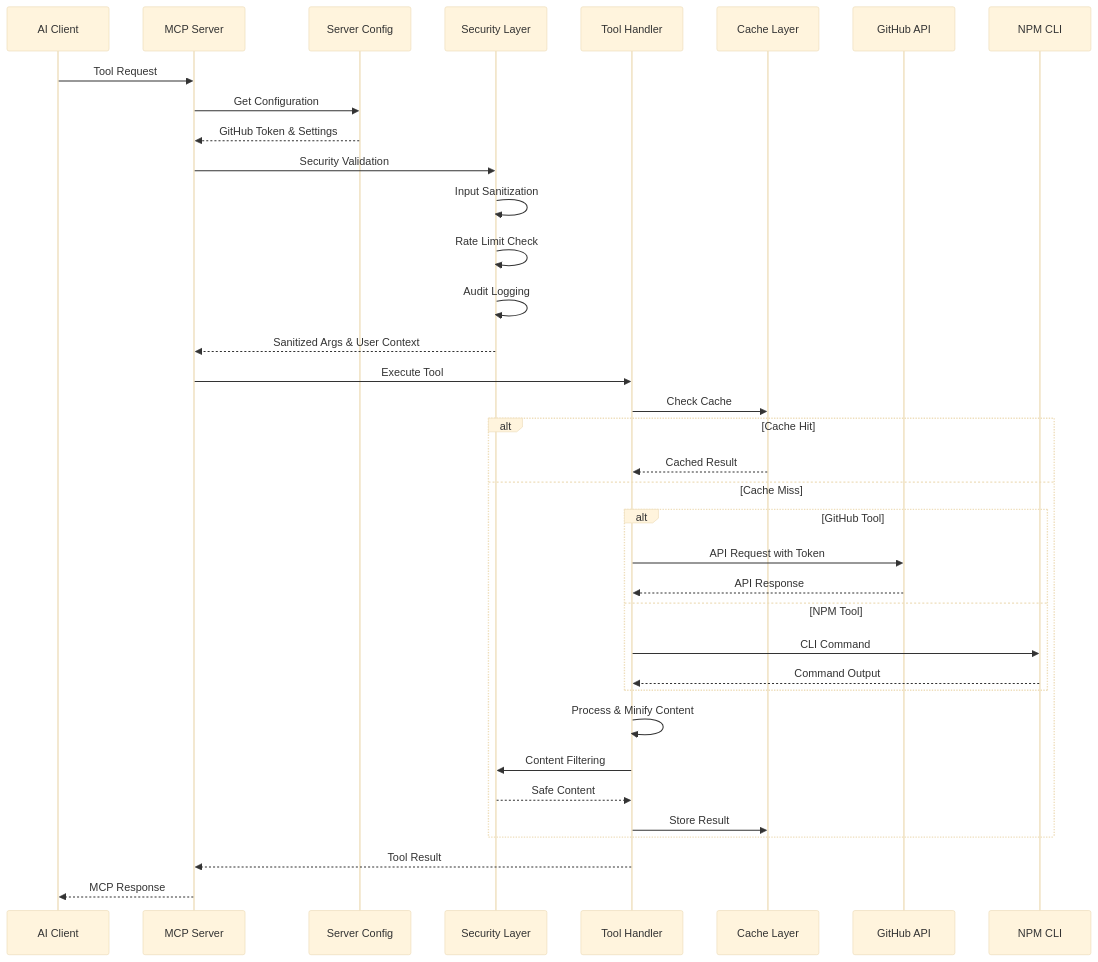
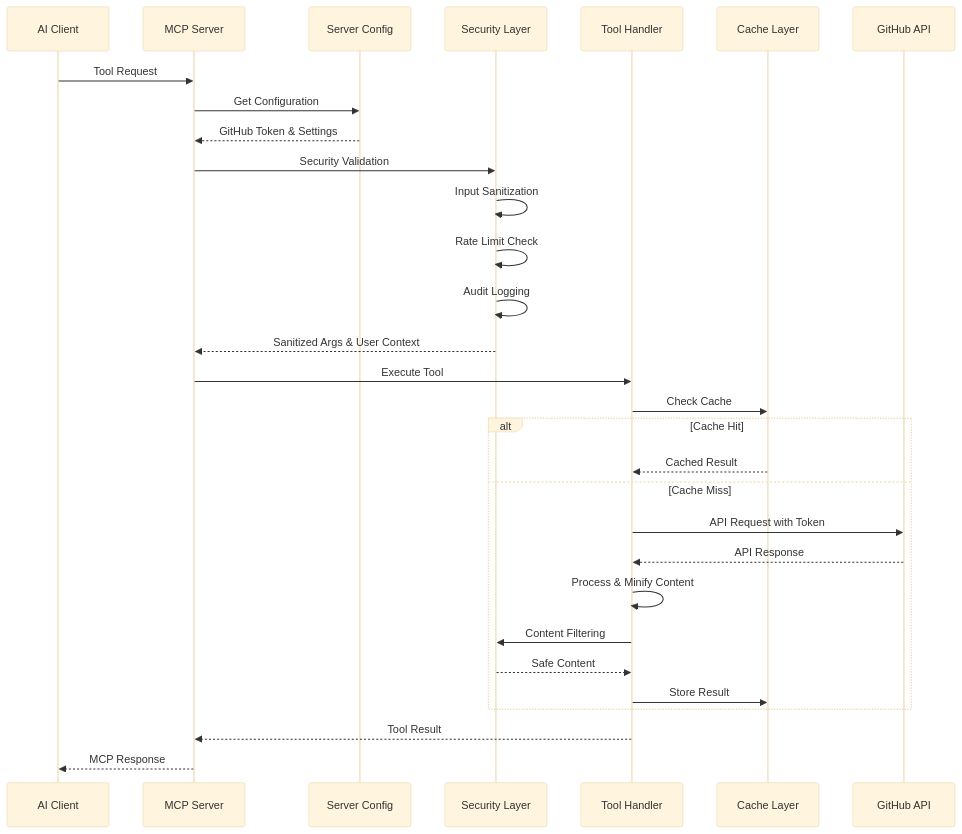
One commit to bgauryy/octocode-mcp changed the second of 3 diagrams in packages/octocode-mcp/docs/summary.md. Above: the diagram before and after it, drawn with Mermaid (base theme). The commit also changed other lines of this file and 74 other files, not shown here.

````diff
--- a/packages/octocode-mcp/docs/summary.md
+++ b/packages/octocode-mcp/docs/summary.md
@@ -415,39 +370,33 @@
 ```mermaid
 sequenceDiagram
     participant Client as AI Client
     participant Server as MCP Server
     participant Config as Server Config
     participant Security as Security Layer
     participant Tool as Tool Handler
     participant Cache as Cache Layer
     participant GitHub as GitHub API
-    participant NPM as NPM CLI
     
     Client->>Server: Tool Request
     Server->>Config: Get Configuration
     Config-->>Server: GitHub Token & Settings
     Server->>Security: Security Validation
     Security->>Security: Input Sanitization
     Security->>Security: Rate Limit Check
     Security->>Security: Audit Logging
     Security-->>Server: Sanitized Args & User Context
     Server->>Tool: Execute Tool
     Tool->>Cache: Check Cache
     alt Cache Hit
         Cache-->>Tool: Cached Result
     else Cache Miss
-        alt GitHub Tool
-            Tool->>GitHub: API Request with Token
-            GitHub-->>Tool: API Response
-        else NPM Tool
-            Tool->>NPM: CLI Command
-            NPM-->>Tool: Command Output
-        end
+        Tool->>GitHub: API Request with Token
+        GitHub-->>Tool: API Response
         Tool->>Tool: Process & Minify Content
         Tool->>Security: Content Filtering
         Security-->>Tool: Safe Content
         Tool->>Cache: Store Result
     end
     Tool-->>Server: Tool Result
     Server-->>Client: MCP Response
 ```
````
